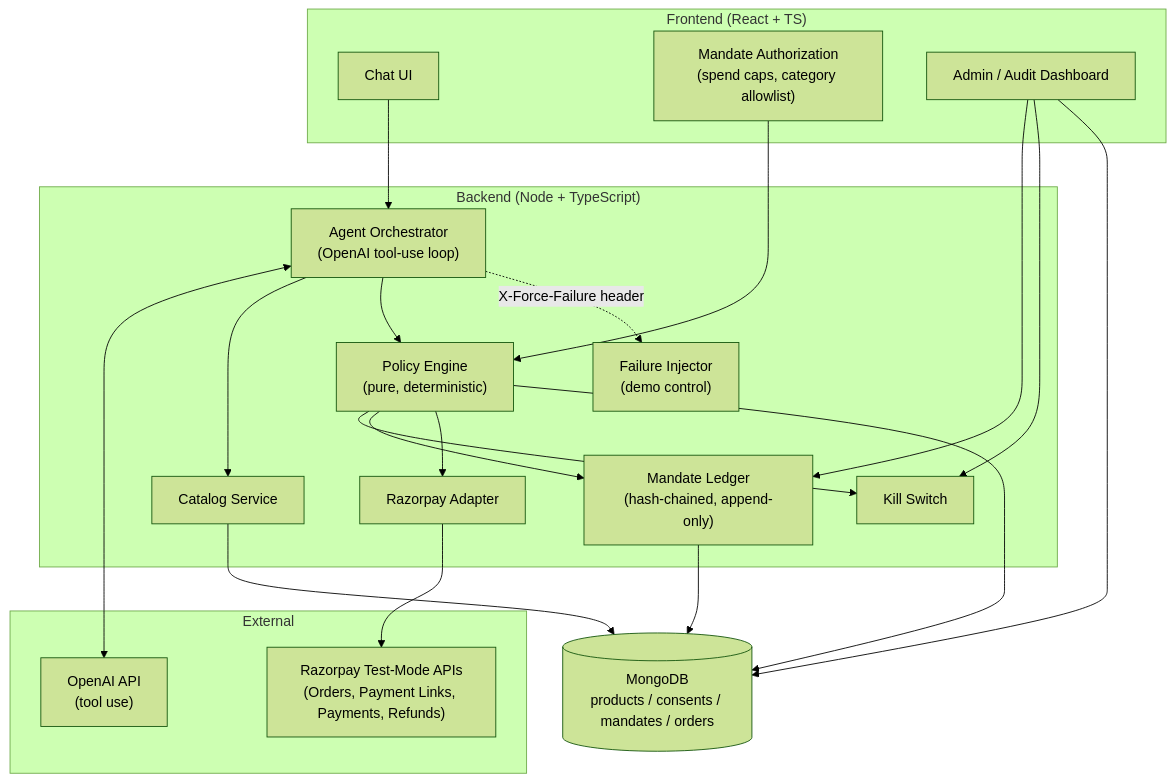
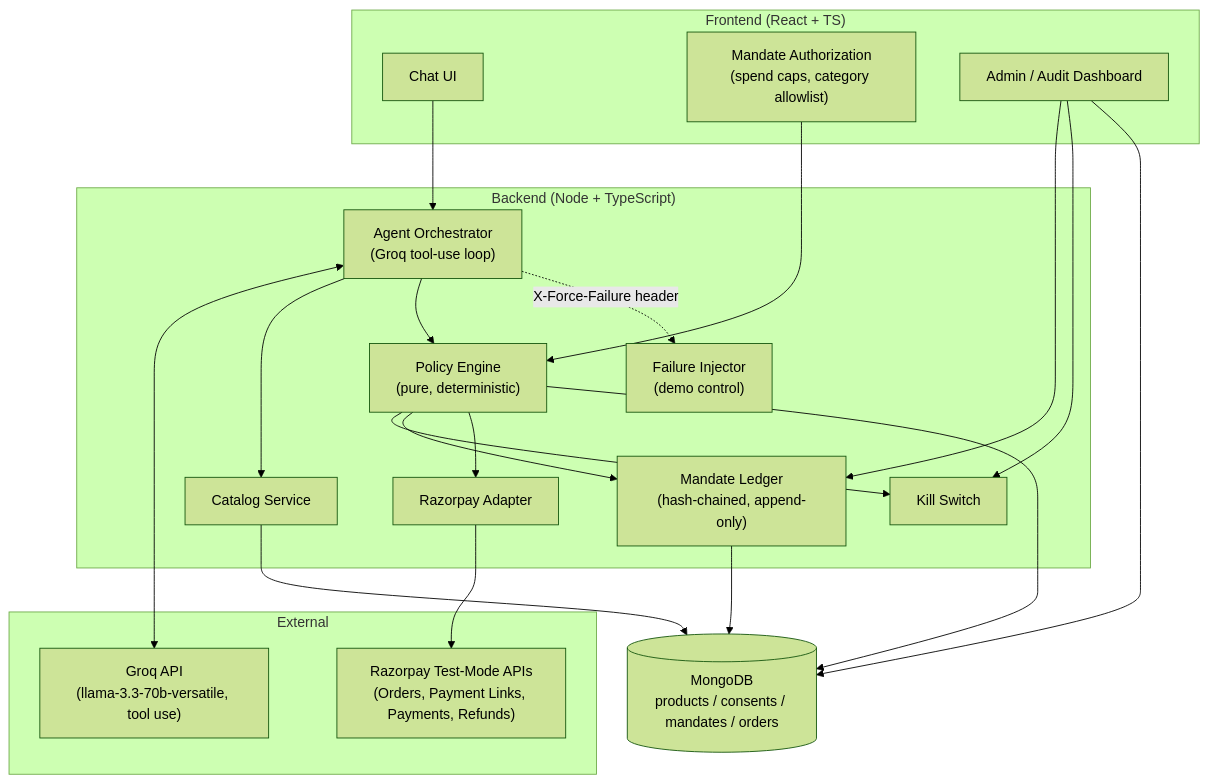
One commit to Madhxvvvv/RazorpayBuild changed the first of 2 diagrams in README.md. Above: the diagram before and after it, drawn with Mermaid (forest theme). The commit also changed other lines of this file and 9 other files, not shown here.

````diff
--- a/README.md
+++ b/README.md
@@ -13,42 +13,42 @@
 ```mermaid
 flowchart TB
     subgraph Client["Frontend (React + TS)"]
         Chat["Chat UI"]
         Consent["Mandate Authorization<br/>(spend caps, category allowlist)"]
         Admin["Admin / Audit Dashboard"]
     end
 
     subgraph Backend["Backend (Node + TypeScript)"]
-        Orch["Agent Orchestrator<br/>(OpenAI tool-use loop)"]
+        Orch["Agent Orchestrator<br/>(Groq tool-use loop)"]
         Policy["Policy Engine<br/>(pure, deterministic)"]
         Ledger["Mandate Ledger<br/>(hash-chained, append-only)"]
         Catalog["Catalog Service"]
         RPAdapter["Razorpay Adapter"]
         FailInj["Failure Injector<br/>(demo control)"]
         KillSwitch["Kill Switch"]
     end
 
     subgraph External
         RP["Razorpay Test-Mode APIs<br/>(Orders, Payment Links, Payments, Refunds)"]
-        LLM["OpenAI API<br/>(tool use)"]
+        LLM["Groq API<br/>(llama-3.3-70b-versatile, tool use)"]
     end
 
     DB[(MongoDB<br/>products / consents / mandates / orders)]
 
     Chat --> Orch
     Consent --> Policy
     Orch <--> LLM
     Orch --> Catalog
     Orch --> Policy
     Orch -.->|X-Force-Failure header| FailInj
     Policy --> KillSwitch
     Policy --> Ledger
     Policy --> RPAdapter
     RPAdapter --> RP
     Ledger --> DB
     Catalog --> DB
     Policy --> DB
     Admin --> Ledger
     Admin --> KillSwitch
     Admin --> DB
 ```
````
